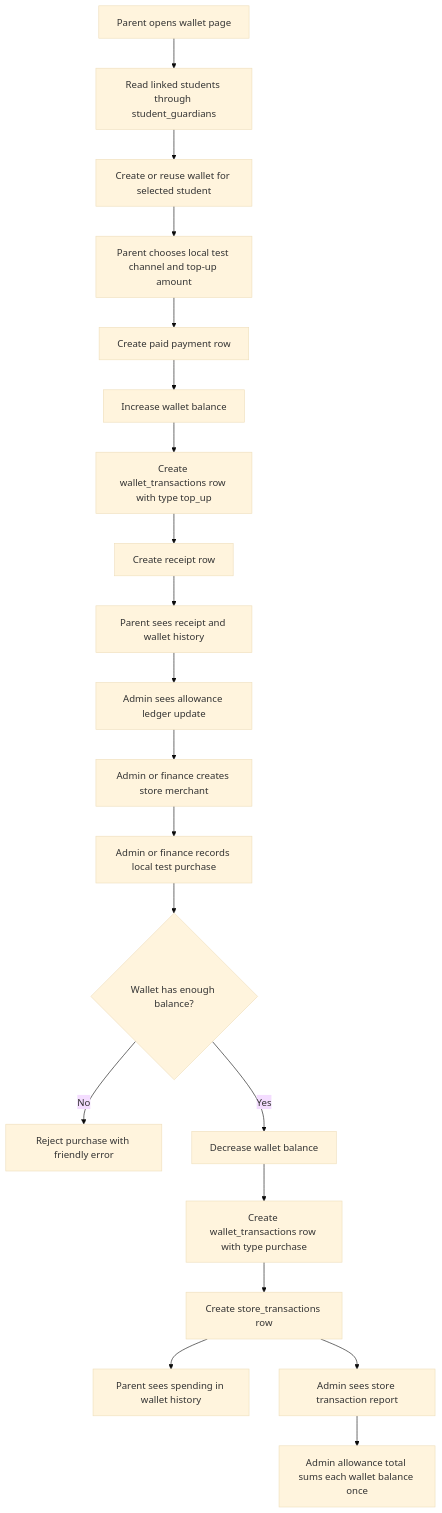
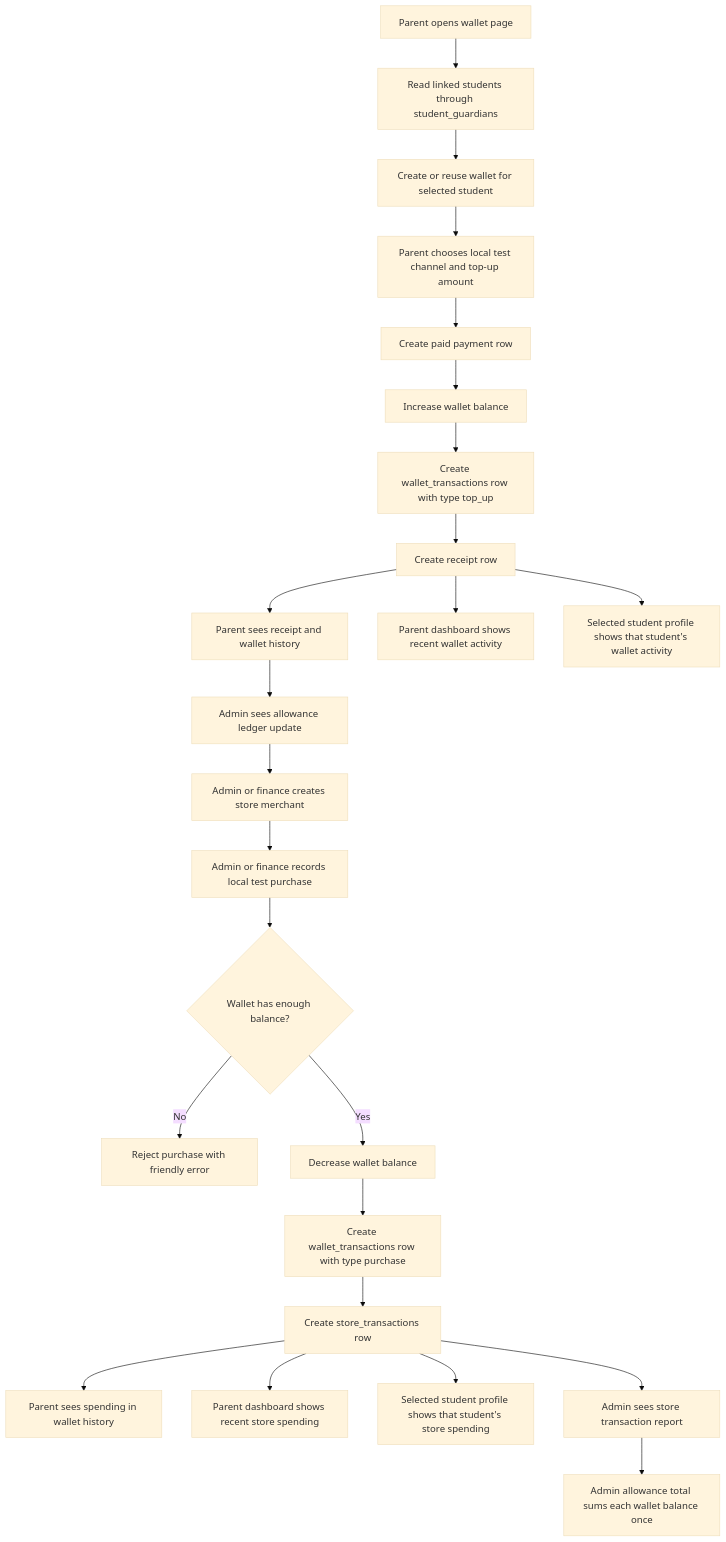
Before and after one commit to Xeyn19/xmetapay: diagram 14 of 14 in docs/PROJECT_FLOWCHARTS.md, drawn with Mermaid (base theme). The commit also changed other lines of this file and 11 other files, not shown here.

````diff
--- a/docs/PROJECT_FLOWCHARTS.md
+++ b/docs/PROJECT_FLOWCHARTS.md
@@ -437,22 +439,26 @@
 ```mermaid
 flowchart TD
   A["Parent opens wallet page"] --> B["Read linked students through student_guardians"]
   B --> C["Create or reuse wallet for selected student"]
   C --> D["Parent chooses local test channel and top-up amount"]
   D --> E["Create paid payment row"]
   E --> F["Increase wallet balance"]
   F --> G["Create wallet_transactions row with type top_up"]
   G --> H["Create receipt row"]
   H --> I["Parent sees receipt and wallet history"]
+  H --> I2["Parent dashboard shows recent wallet activity"]
+  H --> I3["Selected student profile shows that student's wallet activity"]
   I --> J["Admin sees allowance ledger update"]
   J --> K["Admin or finance creates store merchant"]
   K --> L["Admin or finance records local test purchase"]
   L --> M{"Wallet has enough balance?"}
   M -->|No| N["Reject purchase with friendly error"]
   M -->|Yes| O["Decrease wallet balance"]
   O --> P["Create wallet_transactions row with type purchase"]
   P --> Q["Create store_transactions row"]
   Q --> R["Parent sees spending in wallet history"]
+  Q --> R2["Parent dashboard shows recent store spending"]
+  Q --> R3["Selected student profile shows that student's store spending"]
   Q --> S["Admin sees store transaction report"]
   S --> T["Admin allowance total sums each wallet balance once"]
 ```
````
